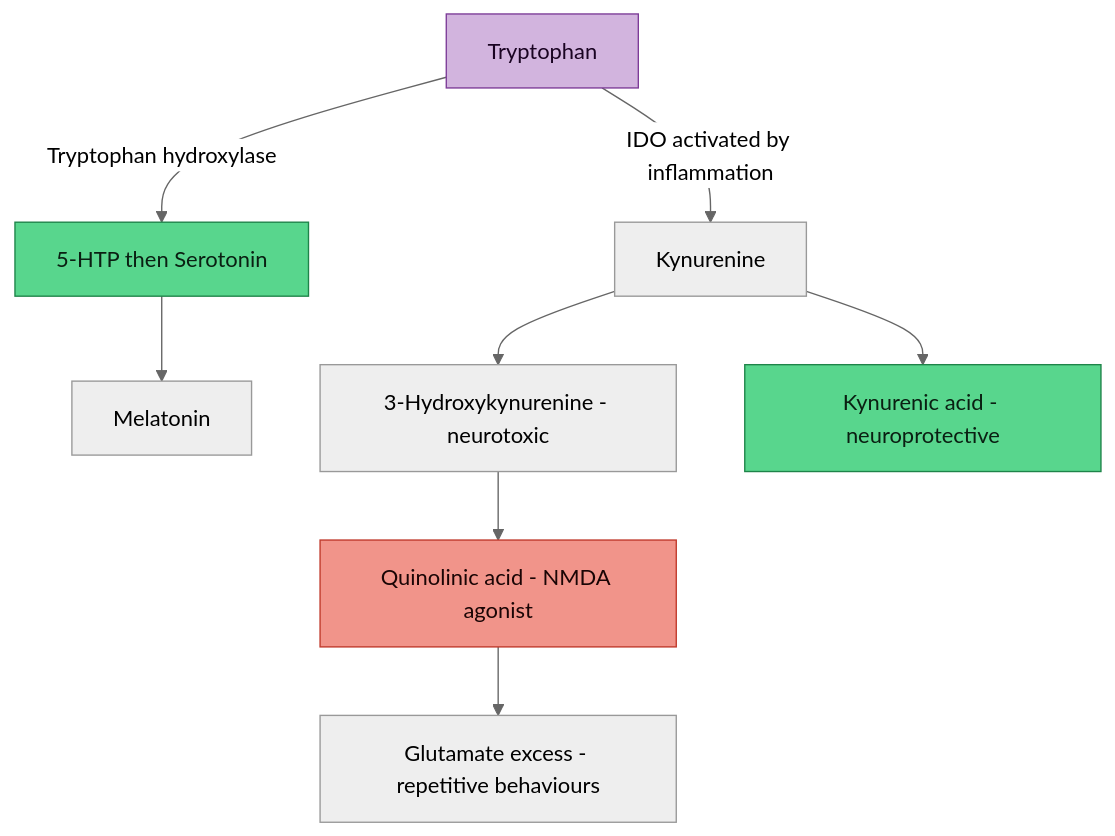
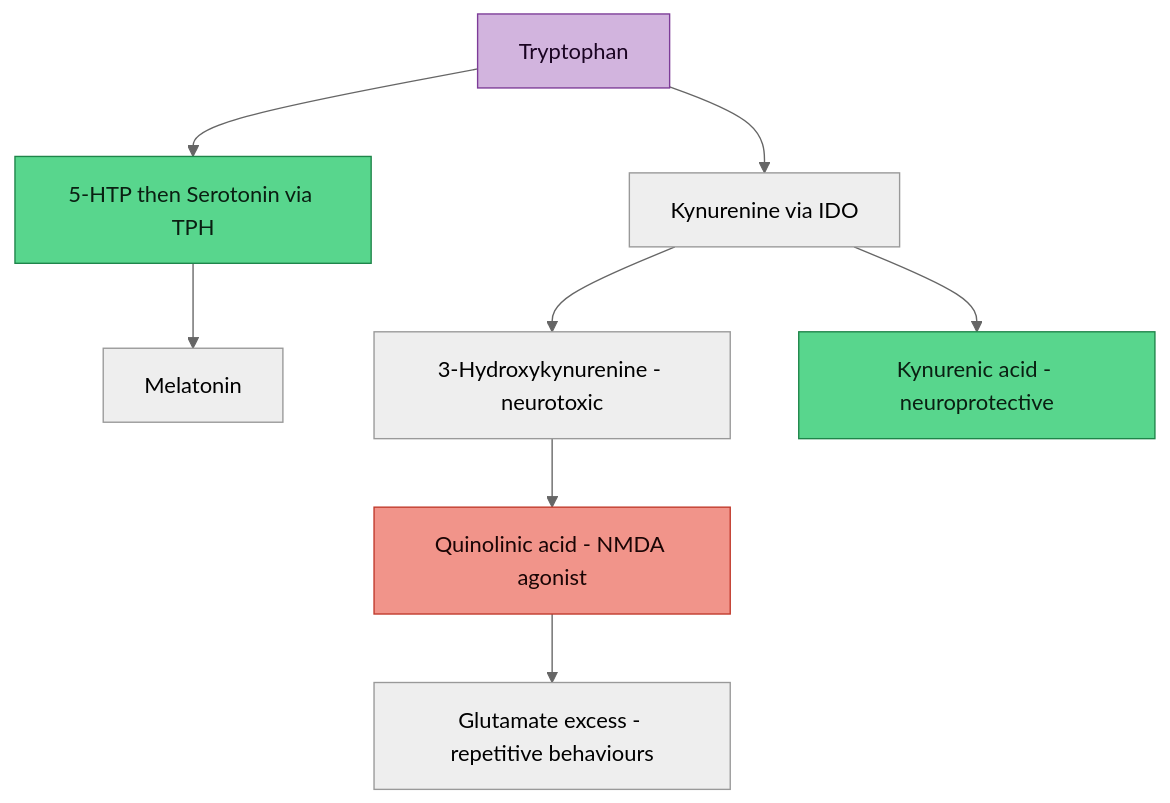
The diagram in src/site/notes/iron-metabolism/Tryptophan-Kynurenine Pathway.md (Aegis-commits/ag-hfe-adhd-asd-research), drawn with Mermaid (neutral theme) before and after one commit. The commit also changed 14 other files, not shown here.

````diff
--- a/src/site/notes/iron-metabolism/Tryptophan-Kynurenine Pathway.md
+++ b/src/site/notes/iron-metabolism/Tryptophan-Kynurenine Pathway.md
@@ -21,14 +21,14 @@
 ```mermaid
 flowchart TD
     classDef source fill:#d2b4de,stroke:#7d3c98,color:#1a0422
     classDef protect fill:#58d68d,stroke:#1e8449,color:#0a1f12
     classDef danger fill:#f1948a,stroke:#c0392b,color:#1a0505
 
-    A[Tryptophan]:::source -->|IDO activated by inflammation| B[Kynurenine]
-    A -->|Tryptophan hydroxylase| C[5-HTP then Serotonin]:::protect
+    A[Tryptophan]:::source --> B[Kynurenine via IDO]
+    A --> C[5-HTP then Serotonin via TPH]:::protect
     C --> D[Melatonin]
     B --> E[3-Hydroxykynurenine - neurotoxic]
     B --> F[Kynurenic acid - neuroprotective]:::protect
     E --> G[Quinolinic acid - NMDA agonist]:::danger
     G --> H[Glutamate excess - repetitive behaviours]
 ```
````
